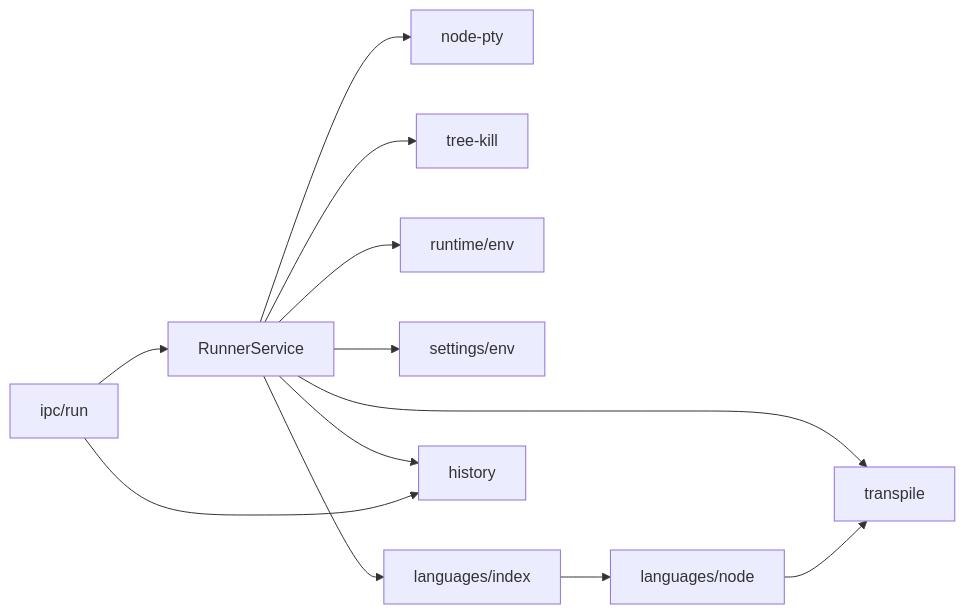
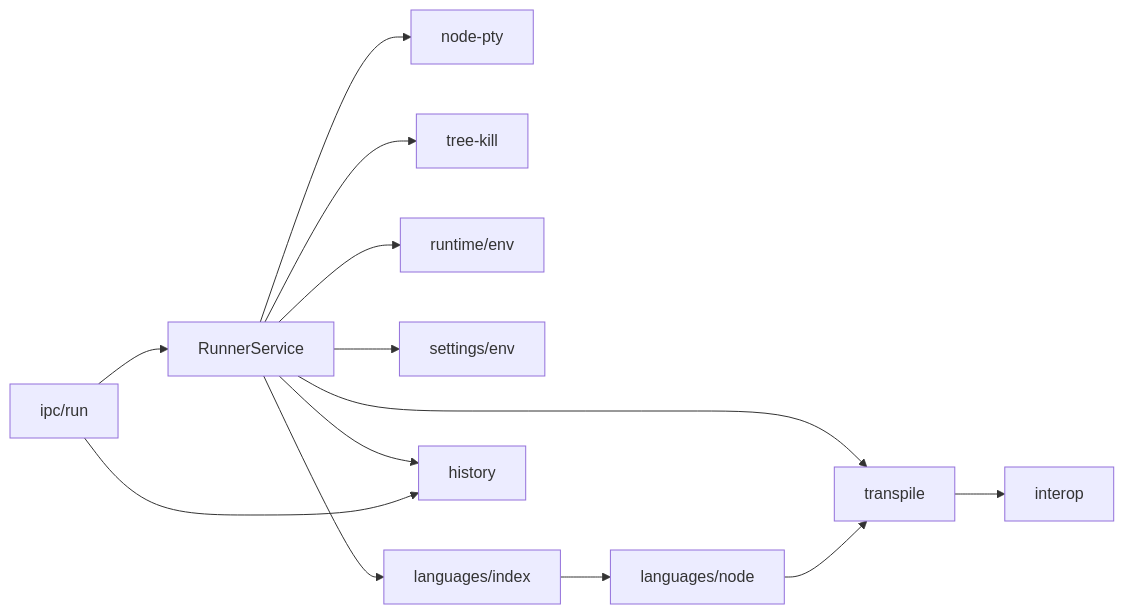
Diagram 11 of 13 in .qoder/repowiki/zh/content/核心服务层/Runner 服务（脚本运行器）.md (hozeeee/script-box), drawn with Mermaid before and after one commit. The commit also changed other lines of this file and 76 other files, not shown here.

````diff
--- a/.qoder/repowiki/zh/content/核心服务层/Runner 服务（脚本运行器）.md
+++ b/.qoder/repowiki/zh/content/核心服务层/Runner 服务（脚本运行器）.md
@@ -396,14 +465,15 @@
 ```mermaid
 graph LR
 RS["RunnerService"] --> PTY["node-pty"]
 RS --> TK["tree-kill"]
 RS --> RE["runtime/env"]
 RS --> SE["settings/env"]
 RS --> LANG["languages/index"]
 RS --> HIST["history"]
 RS --> TR["transpile"]
 LANG --> RN["languages/node"]
 RN --> TR
+TR --> IO["interop"]
 IPC["ipc/run"] --> RS
 IPC --> HIST
 ```
````
